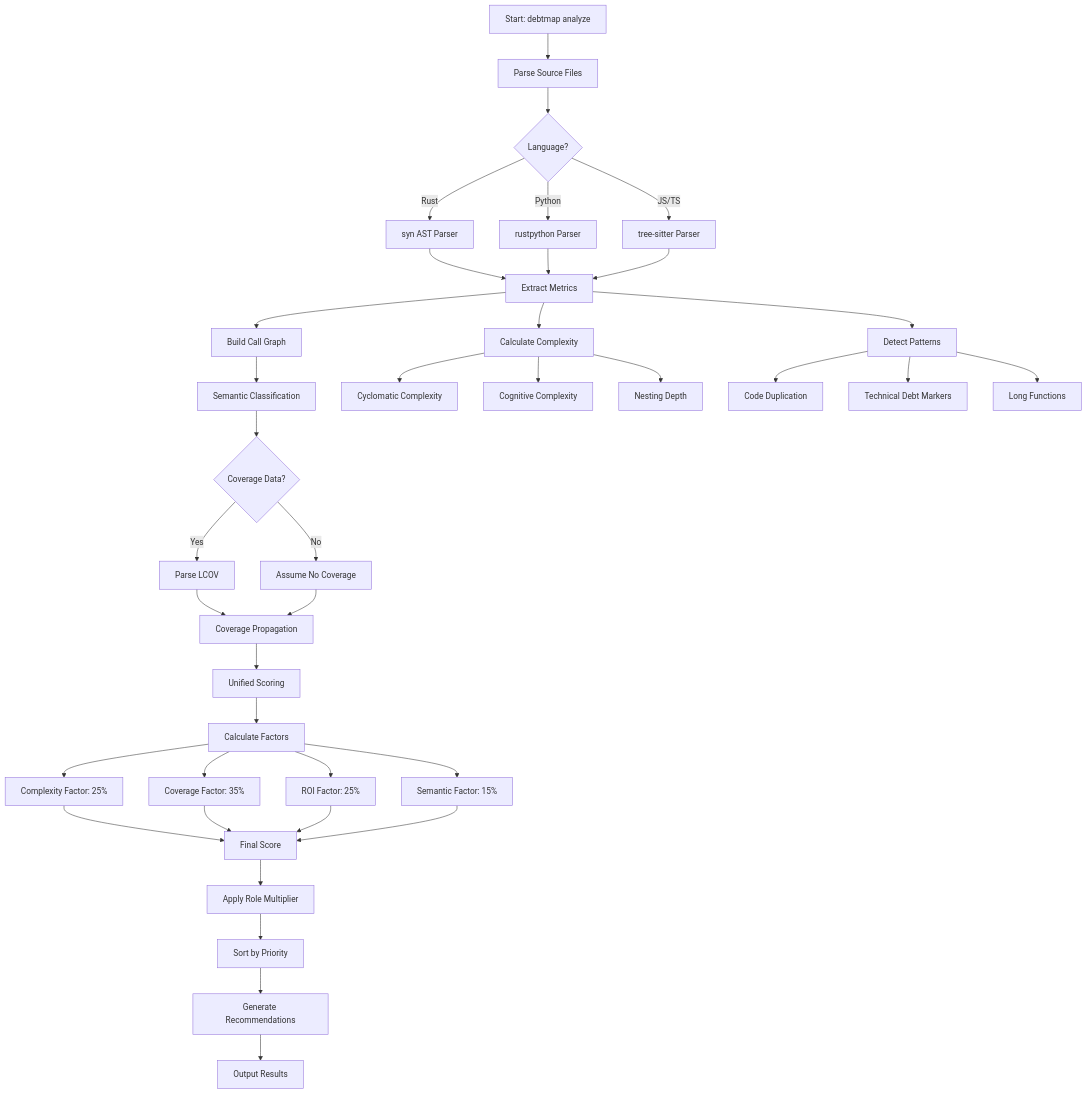
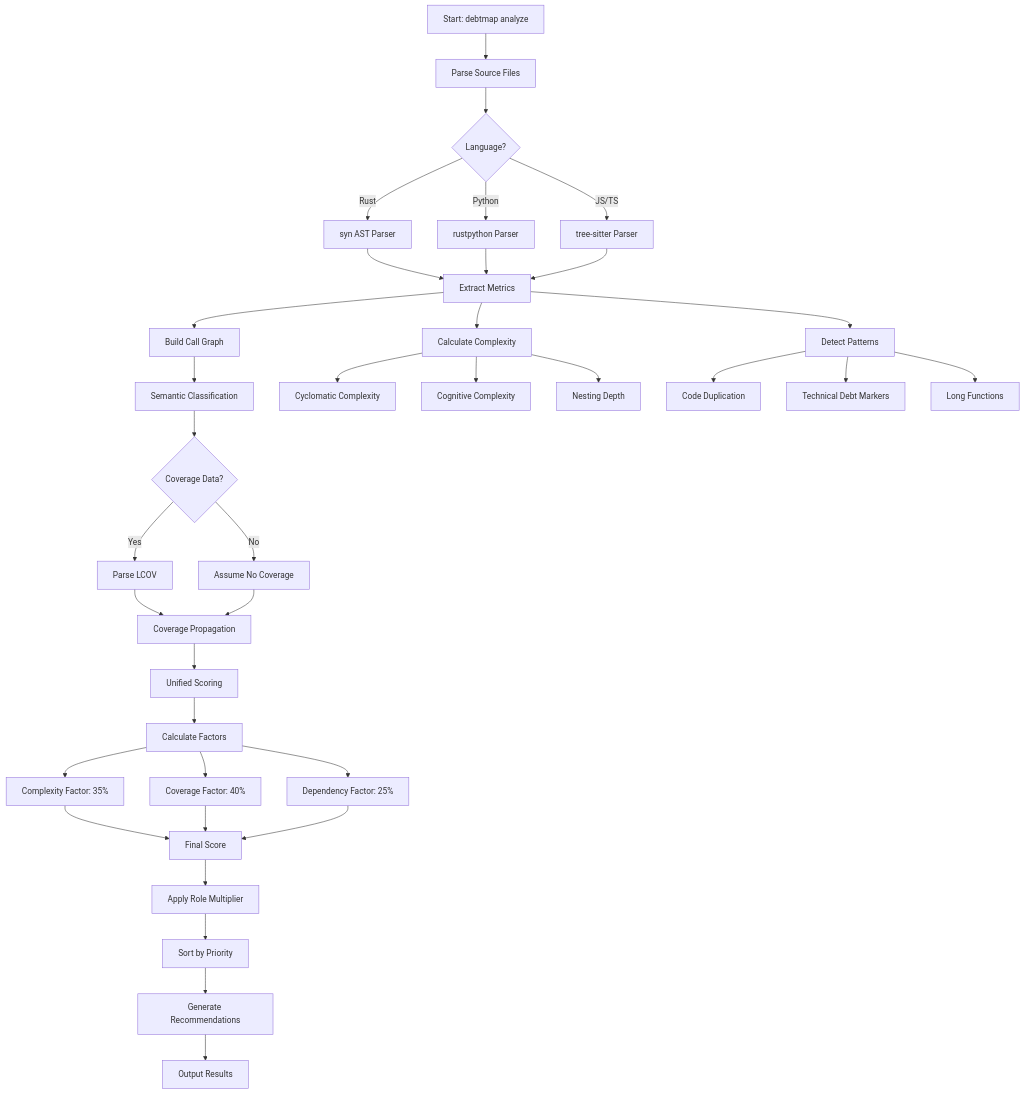
Before and after one commit to iepathos/debtmap: the diagram in README.md, drawn with Mermaid. The commit also changed other lines of this file and 9 other files, not shown here.

````diff
--- a/README.md
+++ b/README.md
@@ -378,51 +377,49 @@
 ```mermaid
 graph TD
     A[Start: debtmap analyze] --> B[Parse Source Files]
     B --> C{Language?}
     
     C -->|Rust| D[syn AST Parser]
     C -->|Python| E[rustpython Parser]
     C -->|JS/TS| F[tree-sitter Parser]
     
     D --> G[Extract Metrics]
     E --> G
     F --> G
     
     G --> H[Build Call Graph]
     H --> I[Semantic Classification]
     
     G --> J[Calculate Complexity]
     J --> K[Cyclomatic Complexity]
     J --> L[Cognitive Complexity]
     J --> M[Nesting Depth]
     
     G --> N[Detect Patterns]
     N --> O[Code Duplication]
     N --> P[Technical Debt Markers]
     N --> Q[Long Functions]
     
     I --> R{Coverage Data?}
     R -->|Yes| S[Parse LCOV]
     R -->|No| T[Assume No Coverage]
     
     S --> U[Coverage Propagation]
     T --> U
     
     U --> V[Unified Scoring]
     V --> W[Calculate Factors]
     
-    W --> X[Complexity Factor: 25%]
-    W --> Y[Coverage Factor: 35%]
-    W --> Z[ROI Factor: 25%]
-    W --> AA[Semantic Factor: 15%]
+    W --> X[Complexity Factor: 35%]
+    W --> Y[Coverage Factor: 40%]
+    W --> Z[Dependency Factor: 25%]
     
     X --> AB[Final Score]
     Y --> AB
     Z --> AB
-    AA --> AB
     
     AB --> AC[Apply Role Multiplier]
     AC --> AD[Sort by Priority]
     AD --> AE[Generate Recommendations]
     AE --> AF[Output Results]
 ```
````
